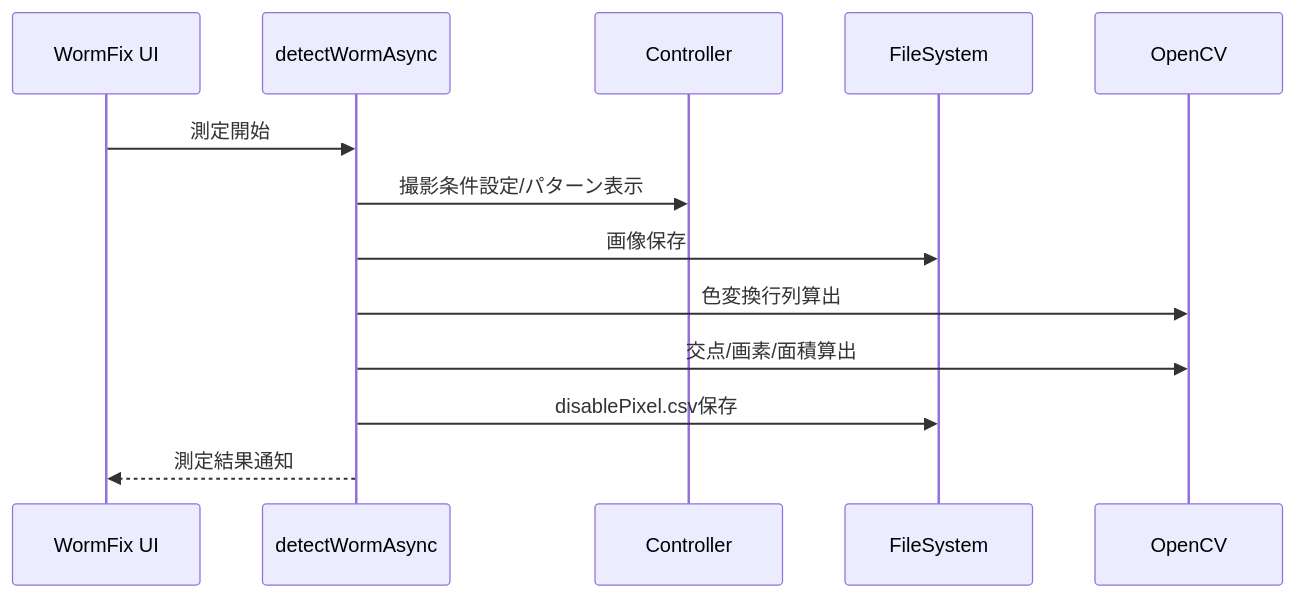
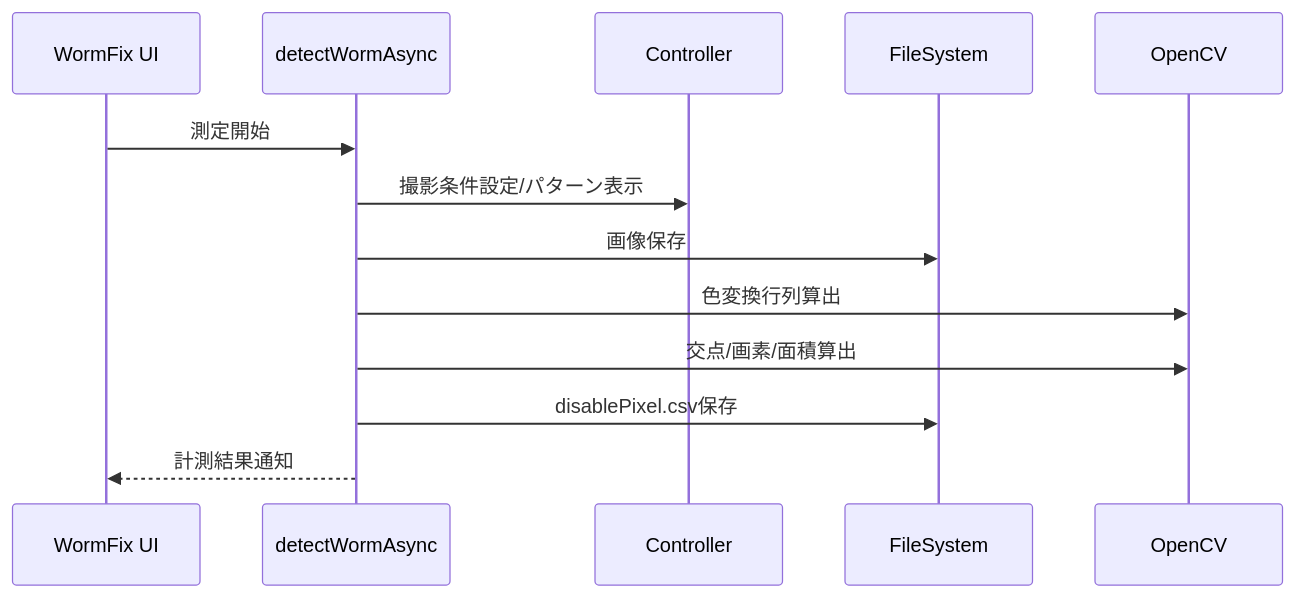
Before and after one commit to HottaTakayuki/ColorAlignmentSoftware: the second of 3 diagrams in docs/02-03.WormFix/WormFix_詳細設計書/07_関連システムインタフェース仕様.md, drawn with Mermaid. The commit also changed other lines of this file and 69 other files, not shown here.

````diff
--- a/docs/02-03.WormFix/WormFix_詳細設計書/07_関連システムインタフェース仕様.md
+++ b/docs/02-03.WormFix/WormFix_詳細設計書/07_関連システムインタフェース仕様.md
@@ -62,16 +62,16 @@
 ```mermaid
 sequenceDiagram
     participant UI as WormFix UI
     participant ENG as detectWormAsync
     participant CTRL as Controller
     participant FS as FileSystem
     participant CV as OpenCV
 
     UI->>ENG: 測定開始
     ENG->>CTRL: 撮影条件設定/パターン表示
     ENG->>FS: 画像保存
     ENG->>CV: 色変換行列算出
     ENG->>CV: 交点/画素/面積算出
     ENG->>FS: disablePixel.csv保存
-    ENG-->>UI: 測定結果通知
+    ENG-->>UI: 計測結果通知
 ```
````
